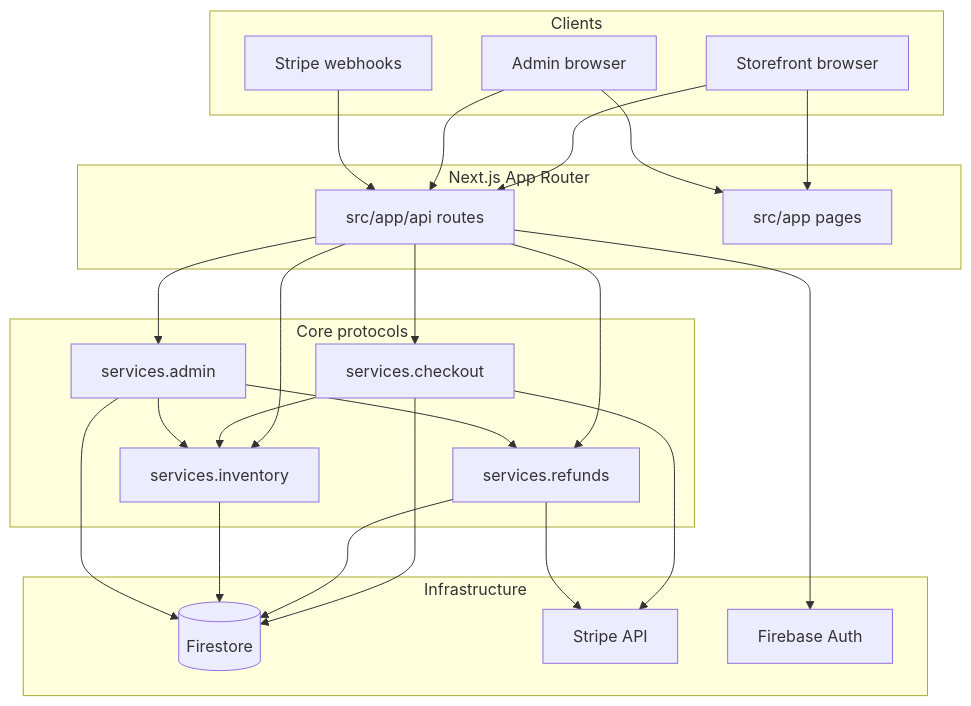
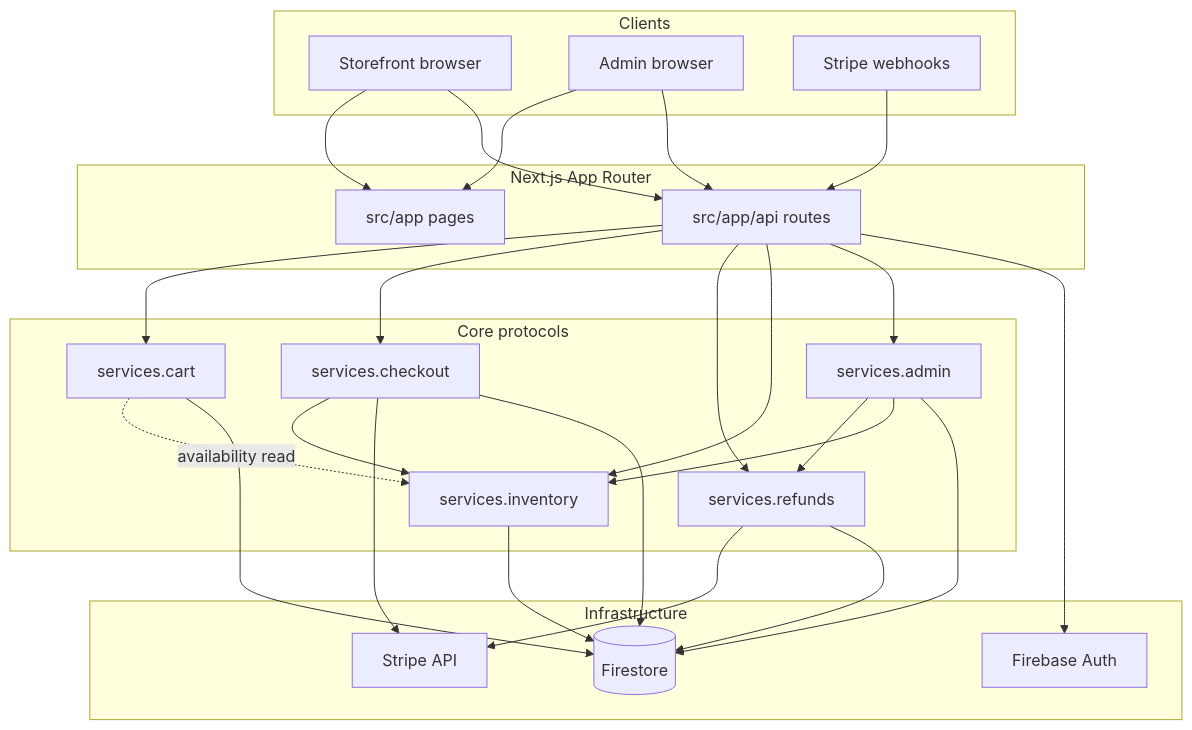
One commit to CardSorting/shop-printer changed the first of 3 diagrams in docs/architecture.md. Above: the diagram before and after it, drawn with Mermaid. The commit also changed other lines of this file and 169 other files, not shown here.

Commit message:
feat: fix cart flow

````diff
--- a/docs/architecture.md
+++ b/docs/architecture.md
@@ -11,46 +11,50 @@
 ```mermaid
 flowchart TB
   subgraph clients [Clients]
     SF[Storefront browser]
     AD[Admin browser]
     ST[Stripe webhooks]
   end
 
   subgraph app [Next.js App Router]
     API[src/app/api routes]
     PAGES[src/app pages]
   end
 
   subgraph core [Core protocols]
+    CART[services.cart]
     CH[services.checkout]
     RF[services.refunds]
     INV[services.inventory]
     ADM[services.admin]
   end
 
   subgraph infra [Infrastructure]
     FS[(Firestore)]
     STR[Stripe API]
     AUTH[Firebase Auth]
   end
 
   SF --> PAGES
   SF --> API
   AD --> PAGES
   AD --> API
   ST --> API
+  API --> CART
   API --> CH
   API --> RF
   API --> INV
   API --> ADM
+  CART -. availability read .-> INV
+  CART --> FS
   CH --> INV
   ADM --> RF
   ADM --> INV
   CH --> STR
   RF --> STR
   CH --> FS
   RF --> FS
   INV --> FS
   ADM --> FS
   API --> AUTH
 ```
````
